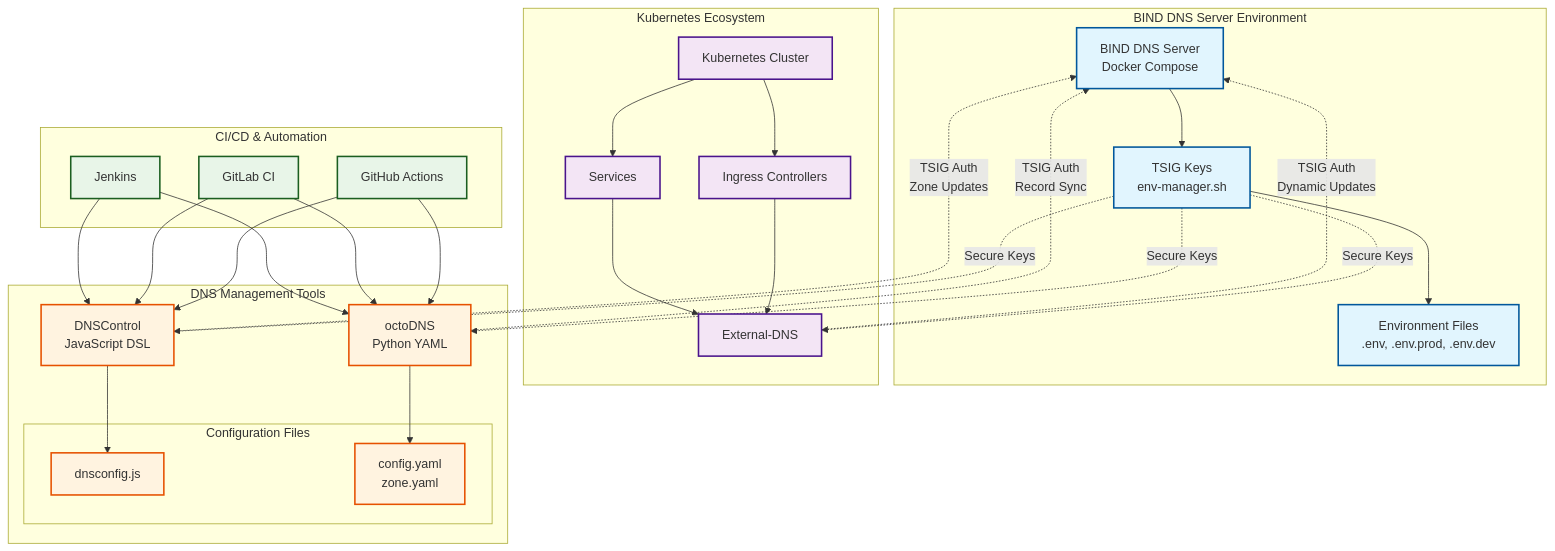
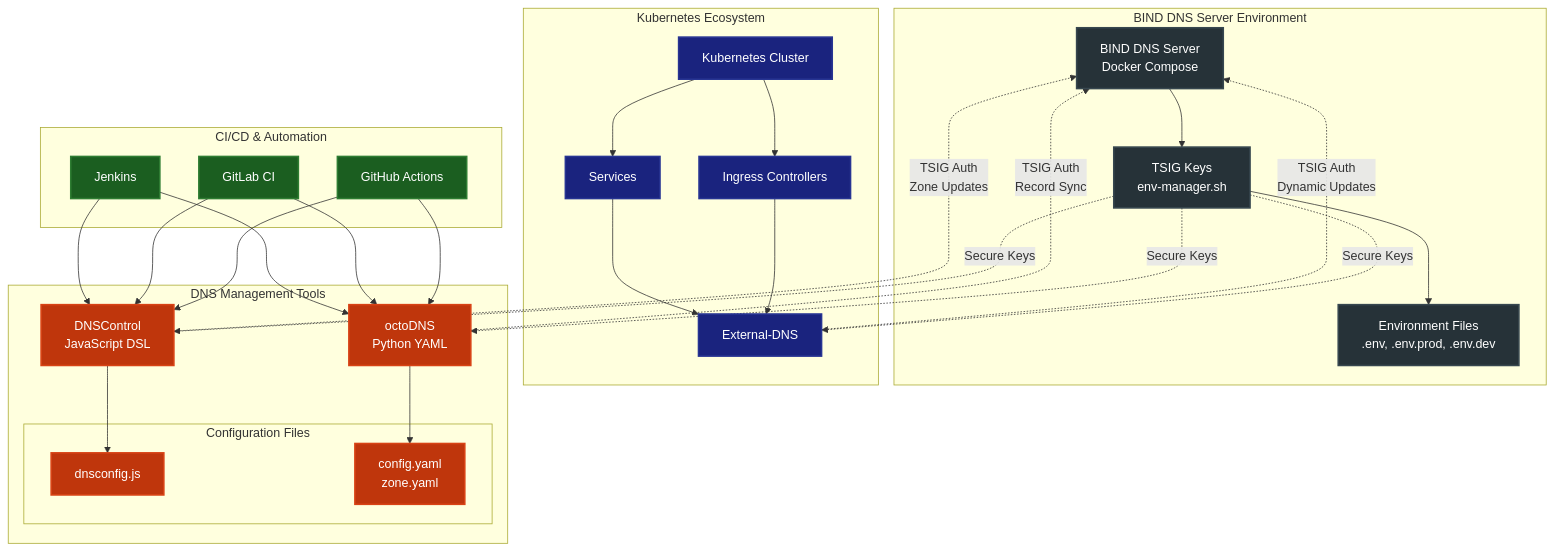
Before and after one commit to brunseba/private-dns-zone: the first of 5 diagrams in docs/use-cases/overview.md, drawn with Mermaid. The commit also changed other lines of this file, not shown here.

Commit message:
docs: update Mermaid diagrams with darker color scheme
- Replace light color scheme with darker, more professional colors
- Use dark blue (#1a237e) for Kubernetes components
- Use dark red (#bf360c) for DNS management tools
- Use dark green (#1b5e20) for CI/CD components
- Use dark red (#b71c1c) for security components
- Use dark grey (#263238) for BIND DNS server components
- Add white text color for better contrast on dark backgrounds
- Improve visual hierarchy and readability in documentation

````diff
--- a/docs/use-cases/overview.md
+++ b/docs/use-cases/overview.md
@@ -7,69 +7,69 @@
 ```mermaid
 graph TB
     subgraph "BIND DNS Server Environment"
         DNS[BIND DNS Server<br/>Docker Compose]
         TSIG[TSIG Keys<br/>env-manager.sh]
         ENV[Environment Files<br/>.env, .env.prod, .env.dev]
         DNS --> TSIG
         TSIG --> ENV
     end
 
     subgraph "Kubernetes Ecosystem"
         K8S[Kubernetes Cluster]
         ING[Ingress Controllers]
         SVC[Services]
         EXT[External-DNS]
         
         K8S --> ING
         K8S --> SVC
         ING --> EXT
         SVC --> EXT
     end
 
     subgraph "DNS Management Tools"
         DNSCTL[DNSControl<br/>JavaScript DSL]
         OCTODNS[octoDNS<br/>Python YAML]
         
         subgraph "Configuration Files"
             DNSCONFIG[dnsconfig.js]
             OCTOYAML[config.yaml<br/>zone.yaml]
         end
         
         DNSCTL --> DNSCONFIG
         OCTODNS --> OCTOYAML
     end
 
     subgraph "CI/CD & Automation"
         GHA[GitHub Actions]
         GITLAB[GitLab CI]
         JENKINS[Jenkins]
         
         GHA --> DNSCTL
         GHA --> OCTODNS
         GITLAB --> DNSCTL
         GITLAB --> OCTODNS
         JENKINS --> DNSCTL
         JENKINS --> OCTODNS
     end
 
     %% Connections to DNS Server
     EXT -.->|TSIG Auth<br/>Dynamic Updates| DNS
     DNSCTL -.->|TSIG Auth<br/>Zone Updates| DNS
     OCTODNS -.->|TSIG Auth<br/>Record Sync| DNS
 
     %% Security layer
     TSIG -.->|Secure Keys| EXT
     TSIG -.->|Secure Keys| DNSCTL
     TSIG -.->|Secure Keys| OCTODNS
 
-    classDef dnsServer fill:#e1f5fe,stroke:#01579b,stroke-width:2px
-    classDef k8s fill:#f3e5f5,stroke:#4a148c,stroke-width:2px
-    classDef tools fill:#fff3e0,stroke:#e65100,stroke-width:2px
-    classDef cicd fill:#e8f5e8,stroke:#1b5e20,stroke-width:2px
-    classDef security fill:#ffebee,stroke:#b71c1c,stroke-width:2px
+    classDef dnsServer fill:#263238,stroke:#37474f,stroke-width:2px,color:#ffffff
+    classDef k8s fill:#1a237e,stroke:#283593,stroke-width:2px,color:#ffffff
+    classDef tools fill:#bf360c,stroke:#d84315,stroke-width:2px,color:#ffffff
+    classDef cicd fill:#1b5e20,stroke:#2e7d32,stroke-width:2px,color:#ffffff
+    classDef security fill:#b71c1c,stroke:#c62828,stroke-width:2px,color:#ffffff
 
     class DNS,TSIG,ENV dnsServer
     class K8S,ING,SVC,EXT k8s
     class DNSCTL,OCTODNS,DNSCONFIG,OCTOYAML tools
     class GHA,GITLAB,JENKINS cicd
 ```
````
